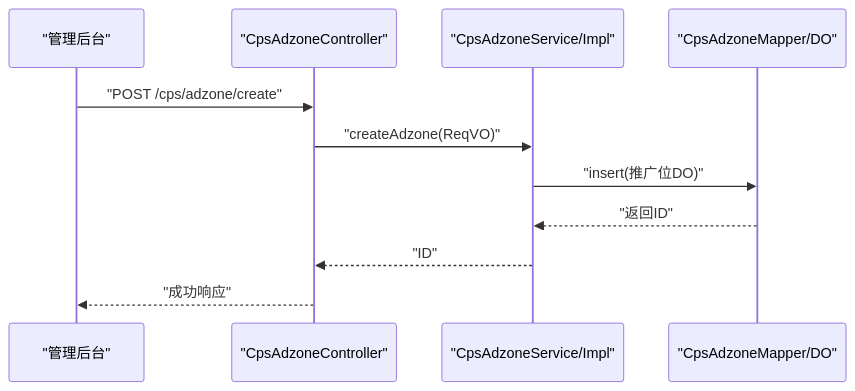
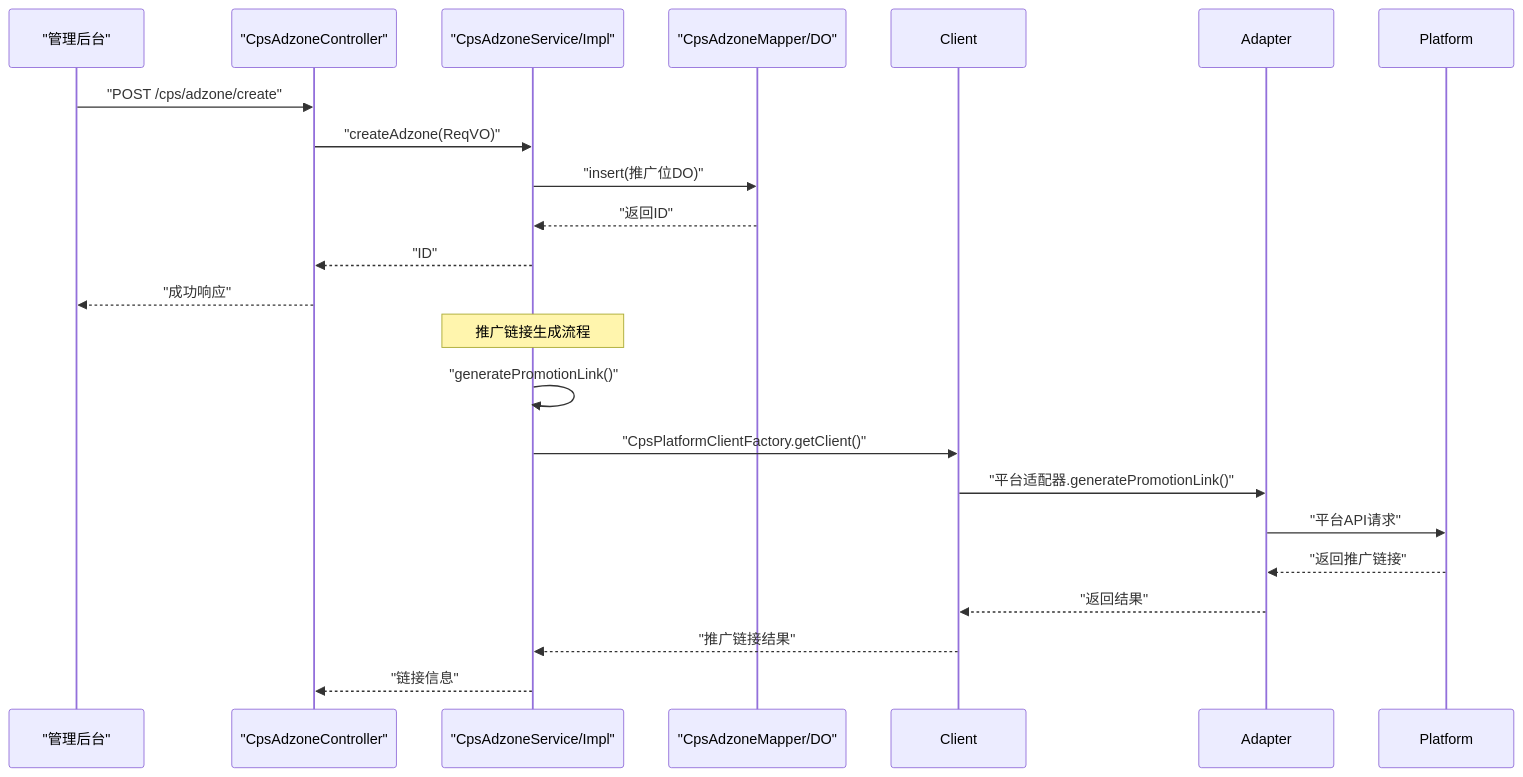
Before and after one commit to zhuangpengLI/AgenticCPS: the second of 10 diagrams in .qoder/repowiki/zh/content/后端服务架构/业务模块概览/CPS业务模块/推广位管理系统.md, drawn with Mermaid. The commit also changed other lines of this file and 42 other files, not shown here.

````diff
--- a/.qoder/repowiki/zh/content/后端服务架构/业务模块概览/CPS业务模块/推广位管理系统.md
+++ b/.qoder/repowiki/zh/content/后端服务架构/业务模块概览/CPS业务模块/推广位管理系统.md
@@ -126,13 +180,22 @@
 ```mermaid
 sequenceDiagram
 participant Admin as "管理后台"
 participant Ctrl as "CpsAdzoneController"
 participant Svc as "CpsAdzoneService/Impl"
 participant Dao as "CpsAdzoneMapper/DO"
 Admin->>Ctrl : "POST /cps/adzone/create"
 Ctrl->>Svc : "createAdzone(ReqVO)"
 Svc->>Dao : "insert(推广位DO)"
 Dao-->>Svc : "返回ID"
 Svc-->>Ctrl : "ID"
 Ctrl-->>Admin : "成功响应"
+Note over Svc : 推广链接生成流程
+Svc->>Svc : "generatePromotionLink()"
+Svc->>Client : "CpsPlatformClientFactory.getClient()"
+Client->>Adapter : "平台适配器.generatePromotionLink()"
+Adapter->>Platform : "平台API请求"
+Platform-->>Adapter : "返回推广链接"
+Adapter-->>Client : "返回结果"
+Client-->>Svc : "推广链接结果"
+Svc-->>Ctrl : "链接信息"
 ```
````
